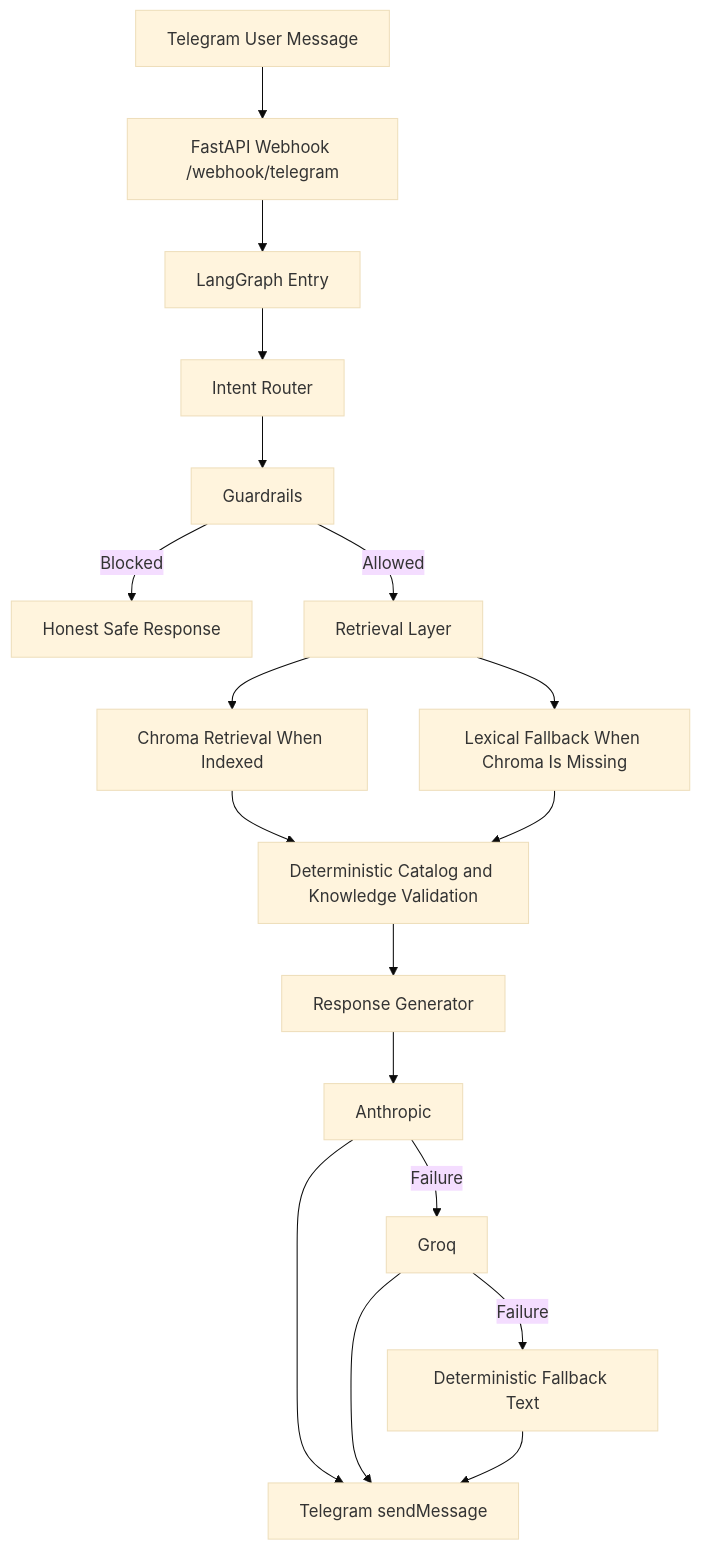
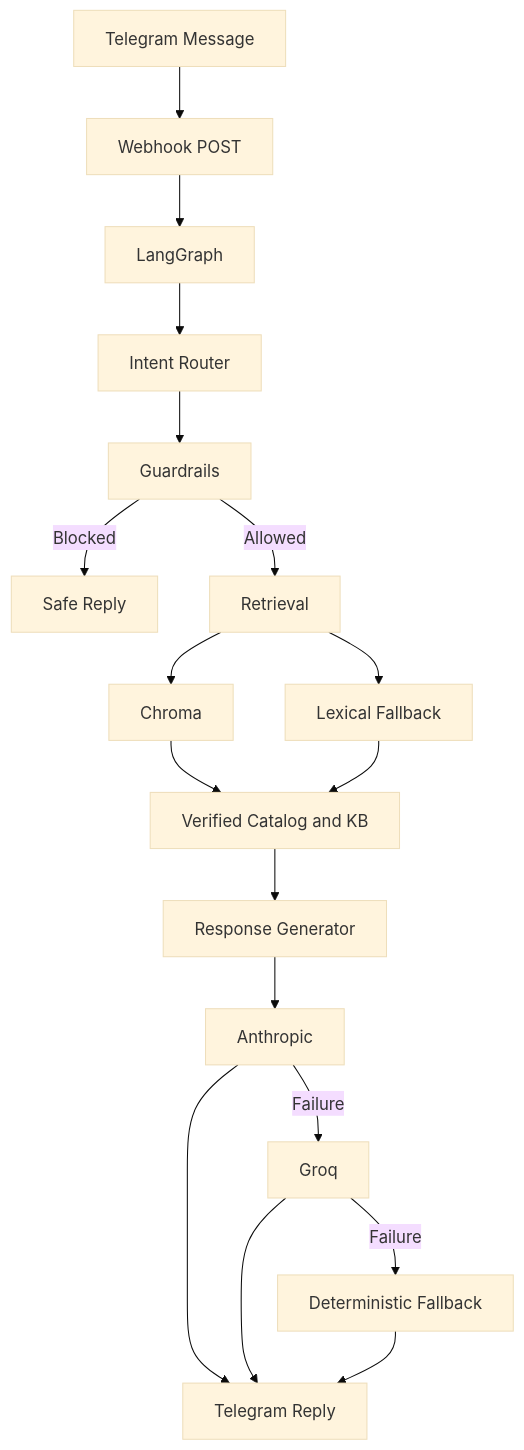
One commit to rodezayas/Ecom-Assistant-AiAgent-LangGraph changed the diagram in README.md. Above: the diagram before and after it, drawn with Mermaid (base theme). The commit also changed other lines of this file, not shown here.

````diff
--- a/README.md
+++ b/README.md
@@ -47,20 +47,20 @@
 ```mermaid
 flowchart TD
-    A[Telegram User Message] --> B[FastAPI Webhook /webhook/telegram]
-    B --> C[LangGraph Entry]
+    A[Telegram Message] --> B[Webhook POST]
+    B --> C[LangGraph]
     C --> D[Intent Router]
     D --> E[Guardrails]
-    E -->|Blocked| F[Honest Safe Response]
-    E -->|Allowed| G[Retrieval Layer]
-    G --> H[Chroma Retrieval When Indexed]
-    G --> I[Lexical Fallback When Chroma Is Missing]
-    H --> J[Deterministic Catalog and Knowledge Validation]
+    E -->|Blocked| F[Safe Reply]
+    E -->|Allowed| G[Retrieval]
+    G --> H[Chroma]
+    G --> I[Lexical Fallback]
+    H --> J[Verified Catalog and KB]
     I --> J
     J --> K[Response Generator]
     K --> L[Anthropic]
     L -->|Failure| M[Groq]
-    M -->|Failure| N[Deterministic Fallback Text]
-    L --> O[Telegram sendMessage]
+    M -->|Failure| N[Deterministic Fallback]
+    L --> O[Telegram Reply]
     M --> O
     N --> O
 ```
````
